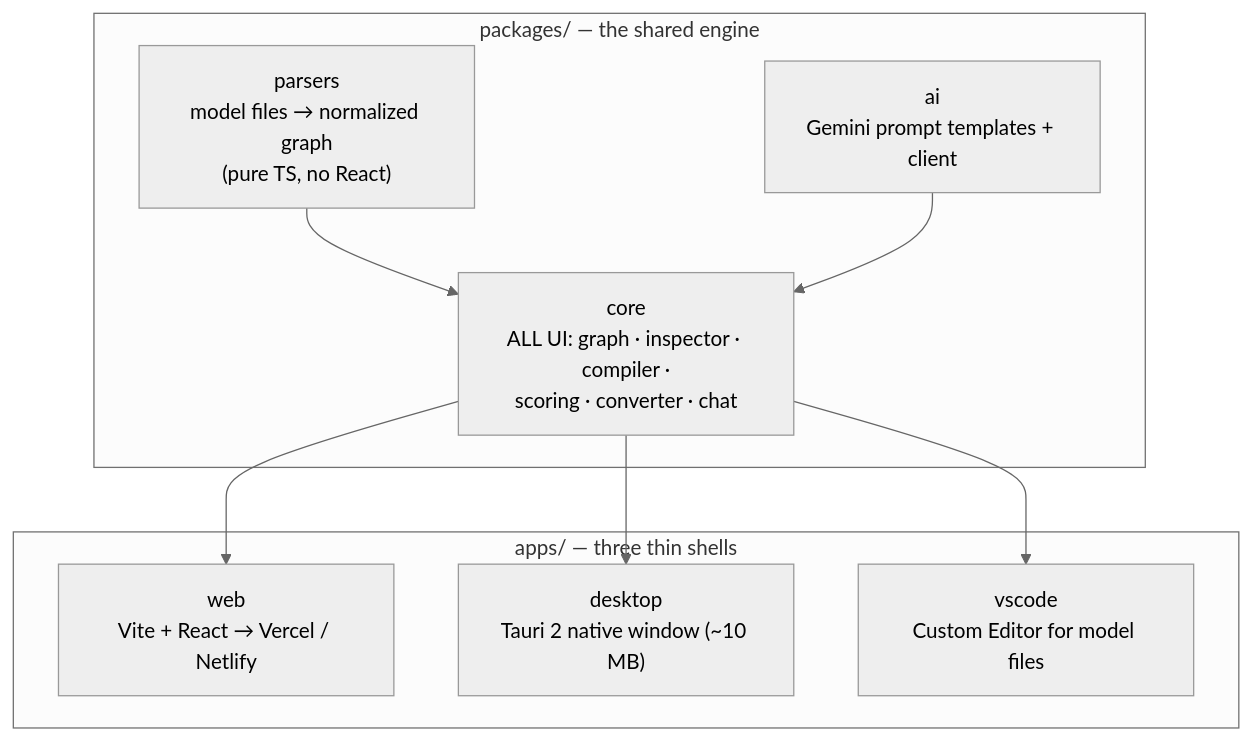
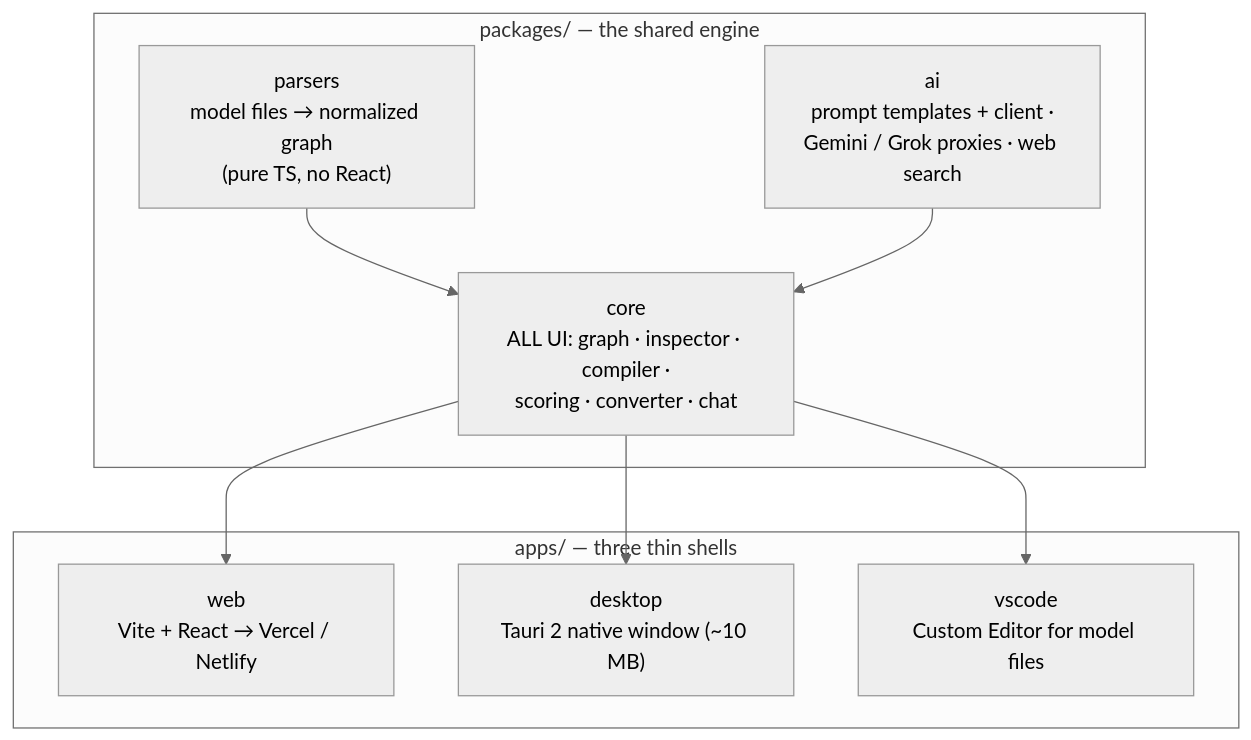
Before and after one commit to Premchand006/ModelVisio: the first of 4 diagrams in README.md, drawn with Mermaid (neutral theme). The commit also changed other lines of this file and 5 other files, not shown here.

First line of the commit message:
docs: Grok provider, free web search and AI-provider add-ons

````diff
--- a/README.md
+++ b/README.md
@@ -63,18 +63,18 @@
 ```mermaid
 flowchart TB
   subgraph ENGINE["packages/ — the shared engine"]
     parsers["parsers<br/>model files → normalized graph<br/>(pure TS, no React)"]
     core["core<br/>ALL UI: graph · inspector · compiler ·<br/>scoring · converter · chat"]
-    ai["ai<br/>Gemini prompt templates + client"]
+    ai["ai<br/>prompt templates + client ·<br/>Gemini / Grok proxies · web search"]
   end
   subgraph SHELLS["apps/ — three thin shells"]
     web["web<br/>Vite + React → Vercel / Netlify"]
     desktop["desktop<br/>Tauri 2 native window (~10 MB)"]
     vscode["vscode<br/>Custom Editor for model files"]
   end
   parsers --> core
   ai --> core
   core --> web
   core --> desktop
   core --> vscode
 ```
````
